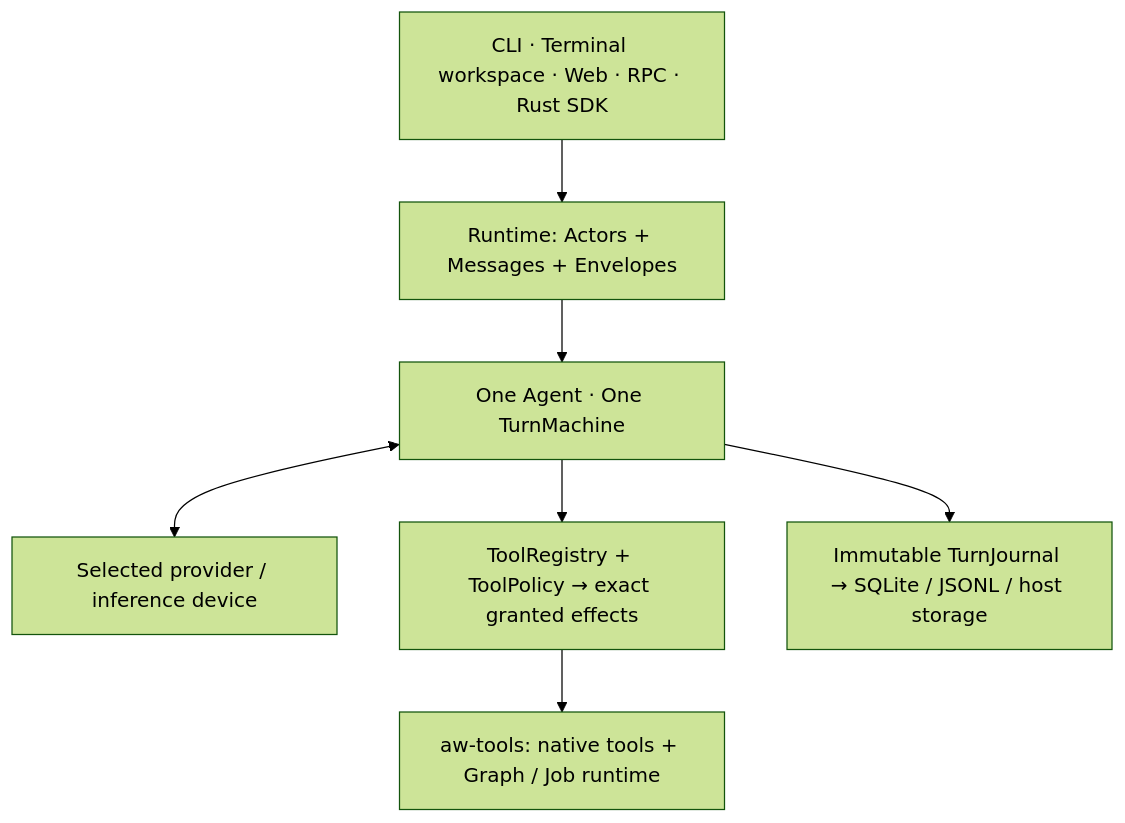
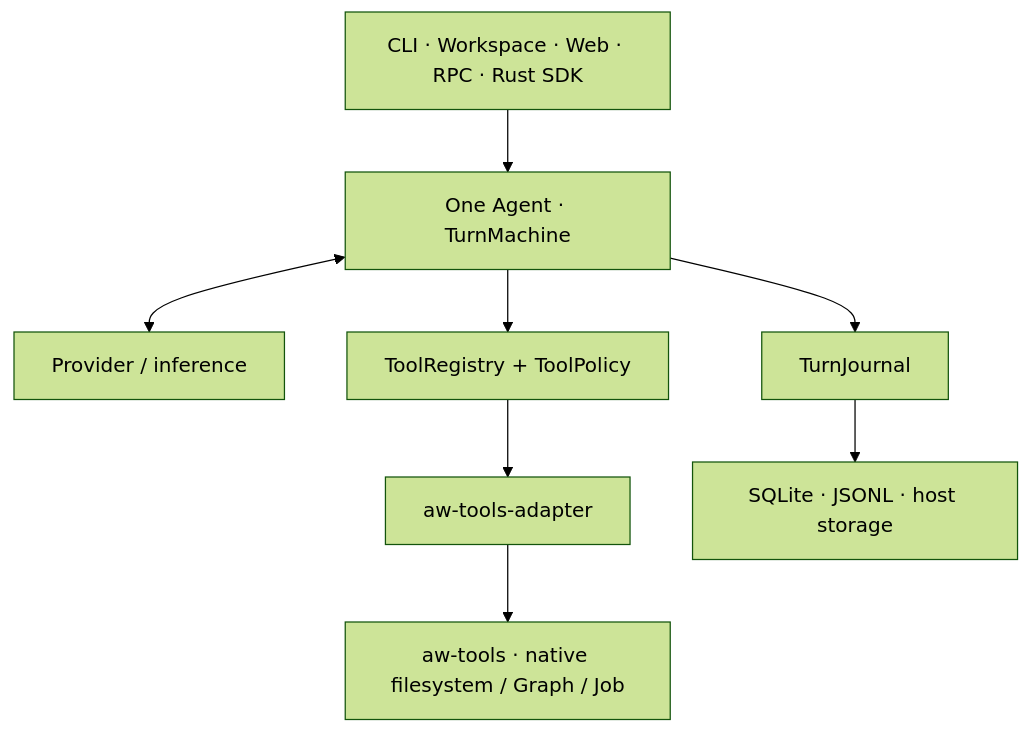
The first of 2 diagrams in README.md (abird-ai/aw), drawn with Mermaid (forest theme) before and after one commit. The commit also changed other lines of this file and 4 other files, not shown here.

Commit message:
Illustrate graph-native runtime with theme-aware SVG and Mermaid

````diff
--- a/README.md
+++ b/README.md
@@ -78,15 +88,16 @@
 ```mermaid
 flowchart TB
-    UI["CLI · Terminal workspace · Web · RPC · Rust SDK"]
-    RT["Runtime: Actors + Messages + Envelopes"]
-    A["One Agent · One TurnMachine"]
-    P["Selected provider / inference device"]
-    T["ToolRegistry + ToolPolicy → exact granted effects"]
-    G["aw-tools: native tools + Graph / Job runtime"]
-    J["Immutable TurnJournal → SQLite / JSONL / host storage"]
+    UI["CLI · Workspace · Web · RPC · Rust SDK"]
+    AG["One Agent · TurnMachine"]
+    P["Provider / inference"]
+    TP["ToolRegistry + ToolPolicy"]
+    AD["aw-tools-adapter"]
+    CORE["aw-tools · native filesystem / Graph / Job"]
+    J["TurnJournal"]
+    ST["SQLite · JSONL · host storage"]
 
-    UI --> RT --> A
-    A <--> P
-    A --> T --> G
-    A --> J
+    UI --> AG
+    AG <--> P
+    AG --> TP --> AD --> CORE
+    AG --> J --> ST
 ```
````
